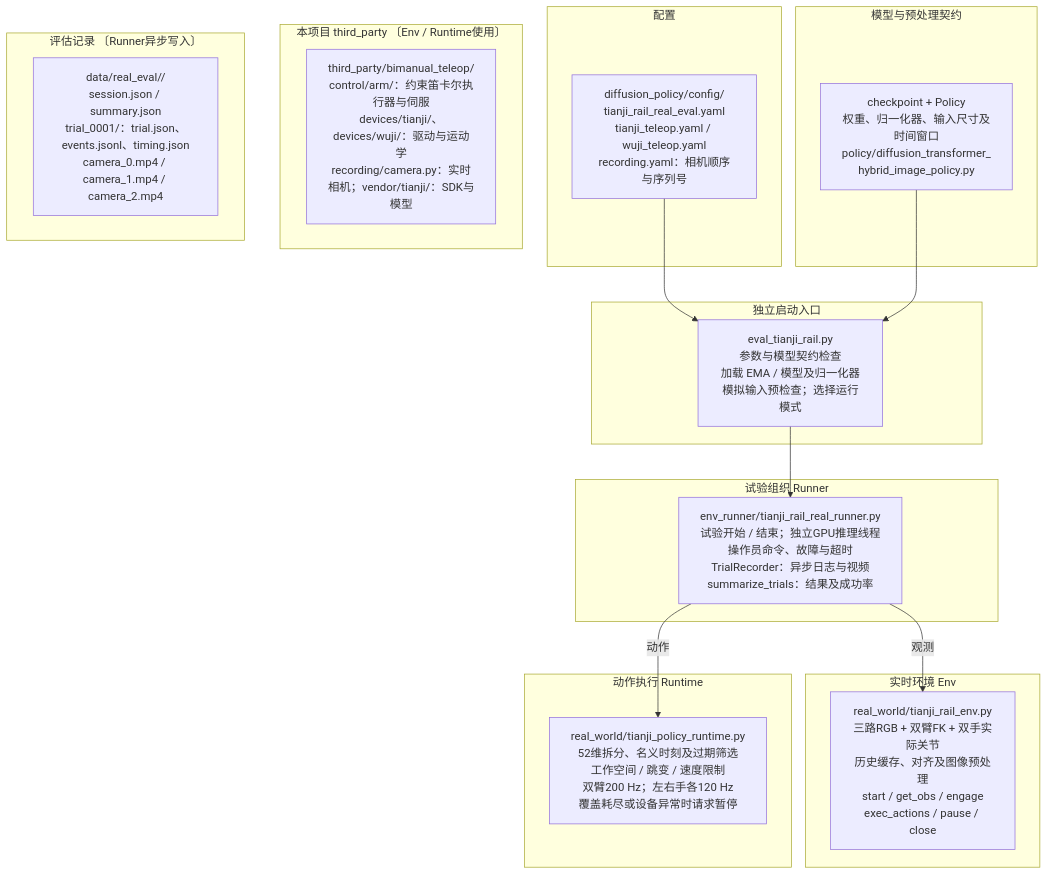
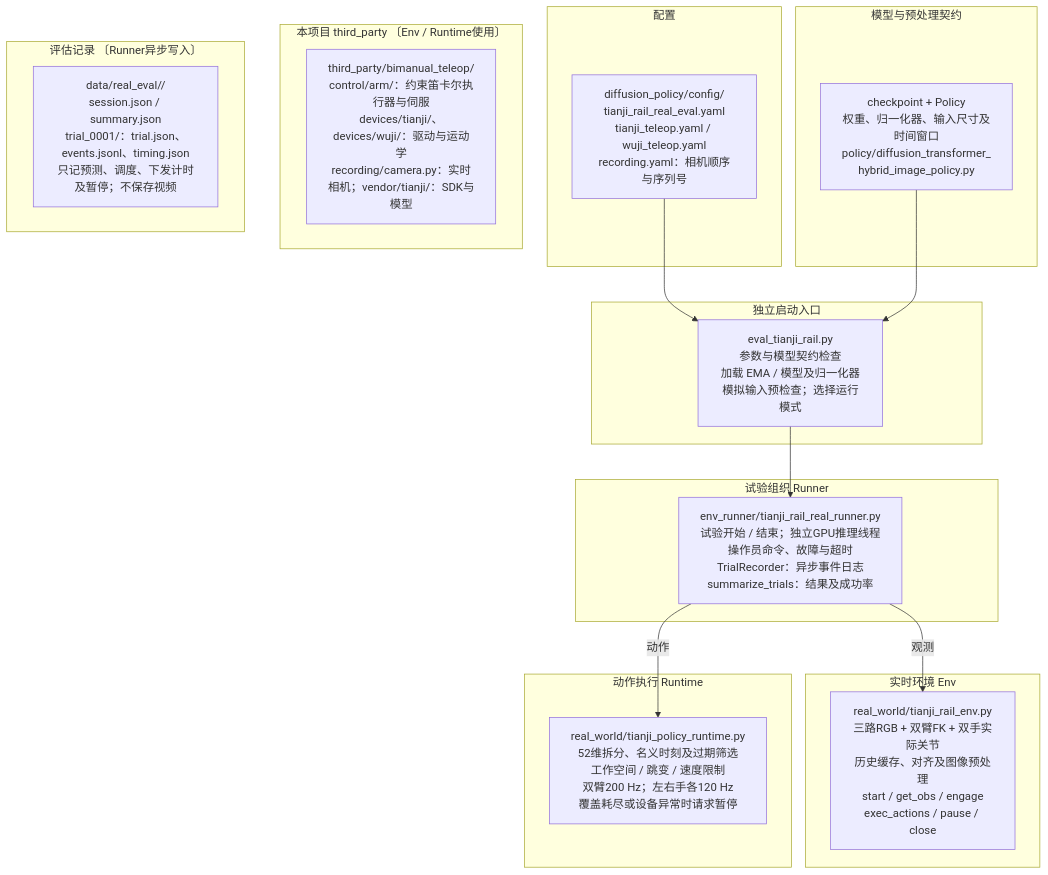
One commit to Wang-Yongsen/diffusion_policy changed the diagram in docs/tianji-rail/real_eval_structure/01-files.mmd. Above: the diagram before and after it, drawn with Mermaid. The commit also changed 25 other files, not shown here.

First line of the commit message:
Isolate real-eval inference so logging no longer interrupts control.

```diff
--- a/docs/tianji-rail/real_eval_structure/01-files.mmd
+++ b/docs/tianji-rail/real_eval_structure/01-files.mmd
@@ -1,31 +1,31 @@
 %% 节点、组件边界与PNG由同一份规格生成；PNG布局单独指定。
 flowchart TD
   subgraph cfg["配置"]
     config["diffusion_policy/config/<br/>tianji_rail_real_eval.yaml<br/>tianji_teleop.yaml / wuji_teleop.yaml<br/>recording.yaml：相机顺序与序列号"]
   end
   subgraph entry["独立启动入口"]
     main["eval_tianji_rail.py<br/>参数与模型契约检查<br/>加载 EMA / 模型及归一化器<br/>模拟输入预检查；选择运行模式"]
   end
   subgraph model["模型与预处理契约"]
     checkpoint["checkpoint + Policy<br/>权重、归一化器、输入尺寸及时间窗口<br/>policy/diffusion_transformer_<br/>hybrid_image_policy.py"]
   end
   subgraph env["实时环境 Env"]
     environment["real_world/tianji_rail_env.py<br/>三路RGB + 双臂FK + 双手实际关节<br/>历史缓存、对齐及图像预处理<br/>start / get_obs / engage<br/>exec_actions / pause / close"]
   end
   subgraph runner["试验组织 Runner"]
-    trials["env_runner/tianji_rail_real_runner.py<br/>试验开始 / 结束；独立GPU推理线程<br/>操作员命令、故障与超时<br/>TrialRecorder：异步日志与视频<br/>summarize_trials：结果及成功率"]
+    trials["env_runner/tianji_rail_real_runner.py<br/>试验开始 / 结束；独立GPU推理线程<br/>操作员命令、故障与超时<br/>TrialRecorder：异步事件日志<br/>summarize_trials：结果及成功率"]
   end
   subgraph runtime["动作执行 Runtime"]
     targets["real_world/tianji_policy_runtime.py<br/>52维拆分、名义时刻及过期筛选<br/>工作空间 / 跳变 / 速度限制<br/>双臂200 Hz；左右手各120 Hz<br/>覆盖耗尽或设备异常时请求暂停"]
   end
   subgraph vendor["本项目 third_party 〔Env / Runtime使用〕"]
     devices["third_party/bimanual_teleop/<br/>control/arm/：约束笛卡尔执行器与伺服<br/>devices/tianji/、devices/wuji/：驱动与运动学<br/>recording/camera.py：实时相机；vendor/tianji/：SDK与模型"]
   end
   subgraph logs["评估记录 〔Runner异步写入〕"]
-    records["data/real_eval/<session>/<br/>session.json / summary.json<br/>trial_0001/：trial.json、events.jsonl、timing.json<br/>camera_0.mp4 / camera_1.mp4 / camera_2.mp4"]
+    records["data/real_eval/<session>/<br/>session.json / summary.json<br/>trial_0001/：trial.json、events.jsonl、timing.json<br/>只记预测、调度、下发计时及暂停；不保存视频"]
   end
   config --> main
   checkpoint --> main
   main --> trials
   trials -->|"观测"| environment
   trials -->|"动作"| targets
```
